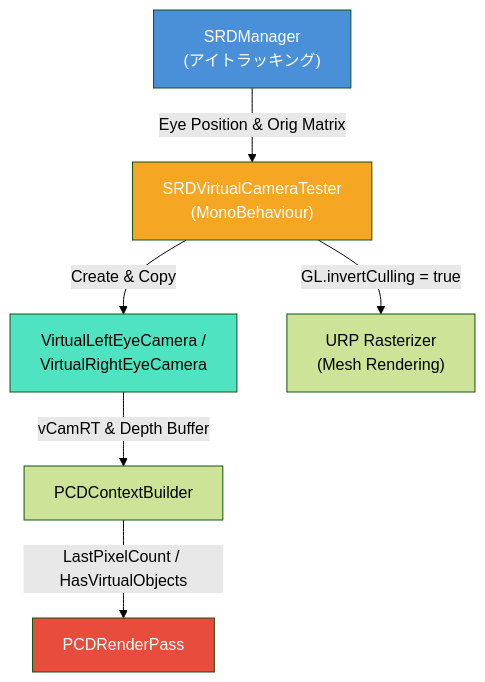
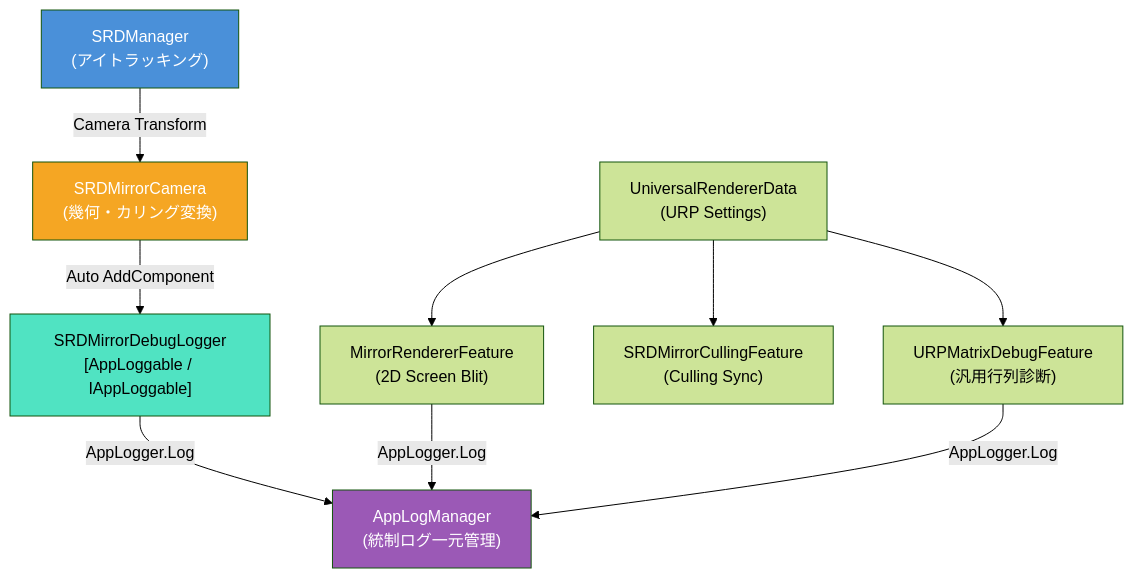
One commit to kotetsuOU/HandTrakingDemo changed the diagram in Docs/Display3D.md. Above: the diagram before and after it, drawn with Mermaid (forest theme). The commit also changed other lines of this file and 96 other files, not shown here.

````diff
--- a/Docs/Display3D.md
+++ b/Docs/Display3D.md
@@ -58,13 +67,18 @@
 ```mermaid
 graph TD
-    SRD["SRDManager<br/>(アイトラッキング)"] --> |Eye Position & Orig Matrix| Tester["SRDVirtualCameraTester<br/>(MonoBehaviour)"]
-    Tester --> |Create & Copy| VCam["VirtualLeftEyeCamera /<br/>VirtualRightEyeCamera"]
-    Tester --> |GL.invertCulling = true| URP["URP Rasterizer<br/>(Mesh Rendering)"]
-    VCam --> |vCamRT & Depth Buffer| Ctx["PCDContextBuilder"]
-    Ctx --> |LastPixelCount / HasVirtualObjects| Pass["PCDRenderPass"]
+    SRD["SRDManager<br/>(アイトラッキング)"] --> |Camera Transform| Cam["SRDMirrorCamera<br/>(幾何・カリング変換)"]
+    Cam --> |Auto AddComponent| Dbg["SRDMirrorDebugLogger<br/>[AppLoggable / IAppLoggable]"]
+    
+    RenderData["UniversalRendererData<br/>(URP Settings)"] --> MirrorFeature["MirrorRendererFeature<br/>(2D Screen Blit)"]
+    RenderData --> CullFeature["SRDMirrorCullingFeature<br/>(Culling Sync)"]
+    RenderData --> MatrixFeature["URPMatrixDebugFeature<br/>(汎用行列診断)"]
+    
+    Dbg --> |AppLogger.Log| LogMgr["AppLogManager<br/>(統制ログ一元管理)"]
+    MirrorFeature --> |AppLogger.Log| LogMgr
+    MatrixFeature --> |AppLogger.Log| LogMgr
 
     style SRD fill:#4a90d9,color:#fff
-    style Tester fill:#f5a623,color:#fff
-    style VCam fill:#50e3c2,color:#000
-    style Pass fill:#e74c3c,color:#fff
+    style Cam fill:#f5a623,color:#fff
+    style Dbg fill:#50e3c2,color:#000
+    style LogMgr fill:#9b59b6,color:#fff
 ```
````
